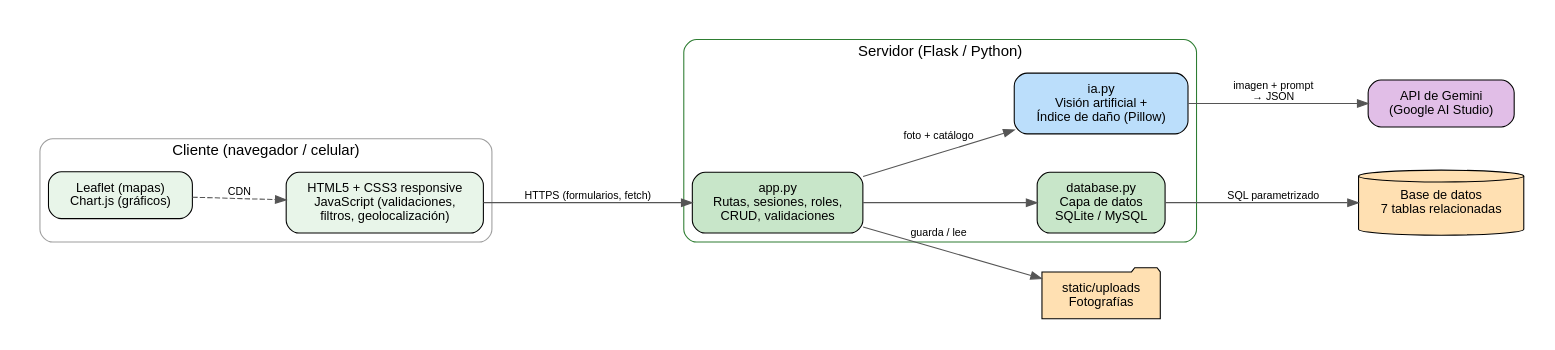
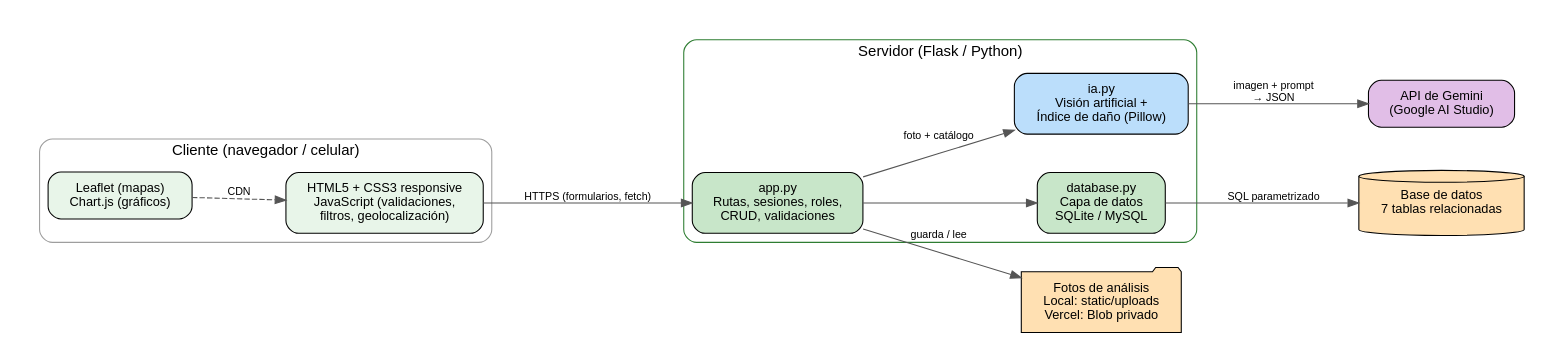
The diagram in docs/arquitectura.dot (maleeemolisec/AgroPlagaIA), drawn with Graphviz before and after one commit. The commit also changed 9 other files, not shown here.

Commit message:
Fix image uploads on Vercel

```diff
--- a/docs/arquitectura.dot
+++ b/docs/arquitectura.dot
@@ -1,19 +1,19 @@
 digraph ARQ {
   graph [rankdir=LR, fontname="Helvetica", pad=0.3, nodesep=0.5, ranksep=0.9];
   node  [shape=box, style="rounded,filled", fontname="Helvetica", fontsize=12, margin="0.2,0.12"];
   edge  [fontname="Helvetica", fontsize=10, color="#555555"];
   subgraph cluster_cli { label="Cliente (navegador / celular)"; style="rounded"; color="#9e9e9e"; fontname="Helvetica";
     web [label="HTML5 + CSS3 responsive\nJavaScript (validaciones,\nfiltros, geolocalización)", fillcolor="#e8f5e9"];
     libs [label="Leaflet (mapas)\nChart.js (gráficos)", fillcolor="#e8f5e9"]; }
   subgraph cluster_srv { label="Servidor (Flask / Python)"; style="rounded"; color="#2e7d32"; fontname="Helvetica";
     app [label="app.py\nRutas, sesiones, roles,\nCRUD, validaciones", fillcolor="#c8e6c9"];
     ia  [label="ia.py\nVisión artificial +\nÍndice de daño (Pillow)", fillcolor="#bbdefb"];
     dbl [label="database.py\nCapa de datos\nSQLite / MySQL", fillcolor="#c8e6c9"]; }
   bd  [label="Base de datos\n7 tablas relacionadas", shape=cylinder, fillcolor="#ffe0b2"];
-  fs  [label="static/uploads\nFotografías", shape=folder, fillcolor="#ffe0b2"];
+  fs  [label="Fotos de análisis\nLocal: static/uploads\nVercel: Blob privado", shape=folder, fillcolor="#ffe0b2"];
   gem [label="API de Gemini\n(Google AI Studio)", fillcolor="#e1bee7"];
   web -> app [label="HTTPS (formularios, fetch)"];
   libs -> web [style=dashed, label="CDN"];
   app -> ia [label="foto + catálogo"]; ia -> gem [label="imagen + prompt\n→ JSON"];
   app -> dbl; dbl -> bd [label="SQL parametrizado"]; app -> fs [label="guarda / lee"];
 }
```
